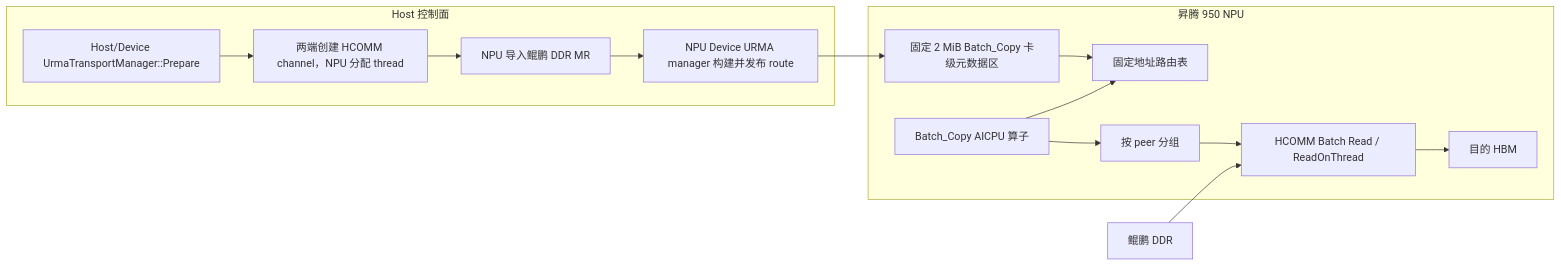
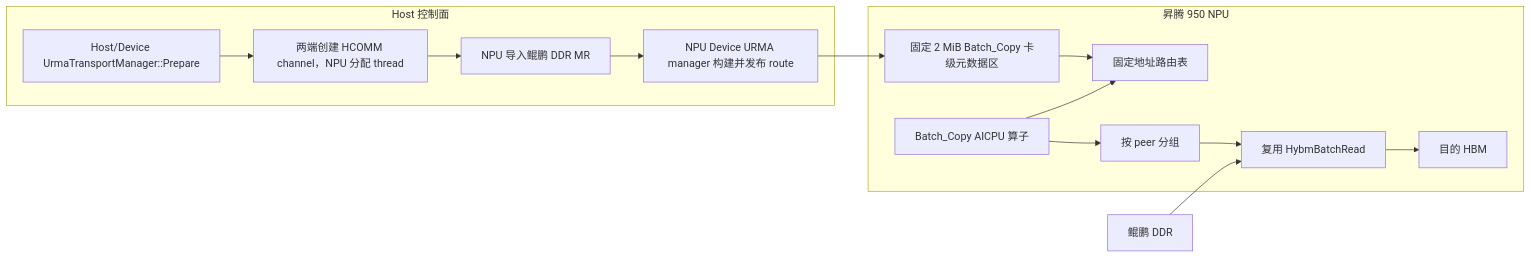
Before and after one commit to NoCoder0/memfabric_hybrid: the first of 3 diagrams in doc/batch_copy_aicpu_urma_design.md, drawn with Mermaid. The commit also changed other lines of this file, not shown here.

````diff
--- a/doc/batch_copy_aicpu_urma_design.md
+++ b/doc/batch_copy_aicpu_urma_design.md
@@ -82,26 +82,26 @@
 ```mermaid
 flowchart LR
     subgraph Host["Host 控制面"]
         P["Host/Device UrmaTransportManager::Prepare"]
         C["两端创建 HCOMM channel，NPU 分配 thread"]
         I["NPU 导入鲲鹏 DDR MR"]
         B["NPU Device URMA manager 构建并发布 route"]
     end
 
     subgraph NPU["昇腾 950 NPU"]
         T["固定 2 MiB Batch_Copy 卡级元数据区"]
         R["固定地址路由表"]
         O["Batch_Copy AICPU 算子"]
         G["按 peer 分组"]
-        H["HCOMM Batch Read / ReadOnThread"]
+        H["复用 HybmBatchRead"]
         D["目的 HBM"]
     end
 
     K["鲲鹏 DDR"]
 
     P --> C --> I --> B --> T
     O --> R
     T --> R
     O --> G --> H
     K --> H --> D
 ```
````
